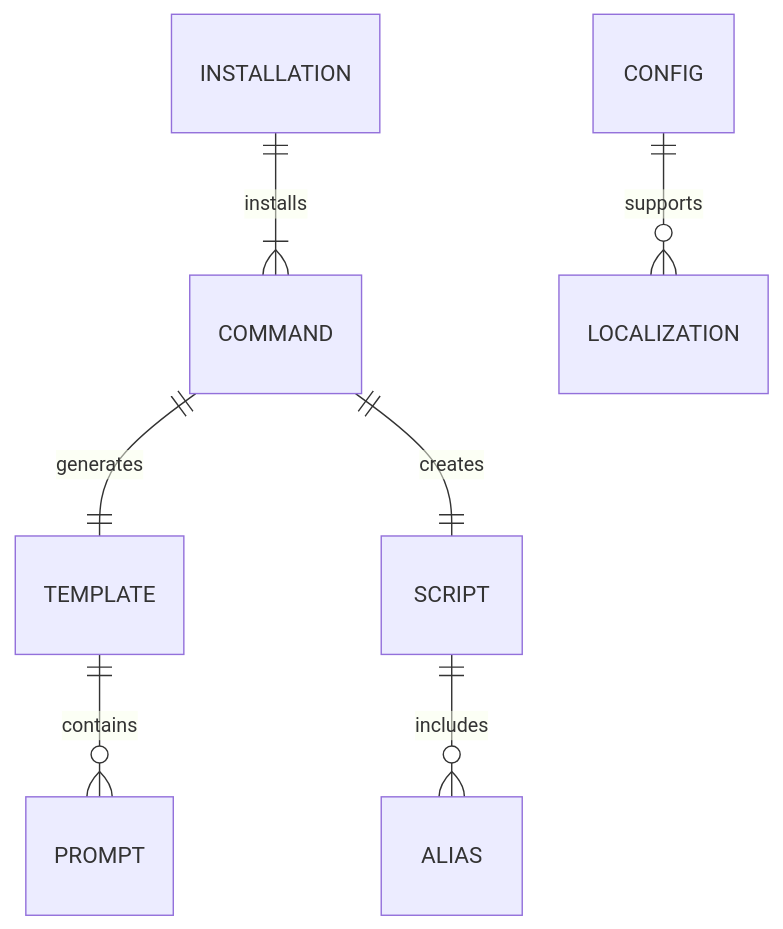
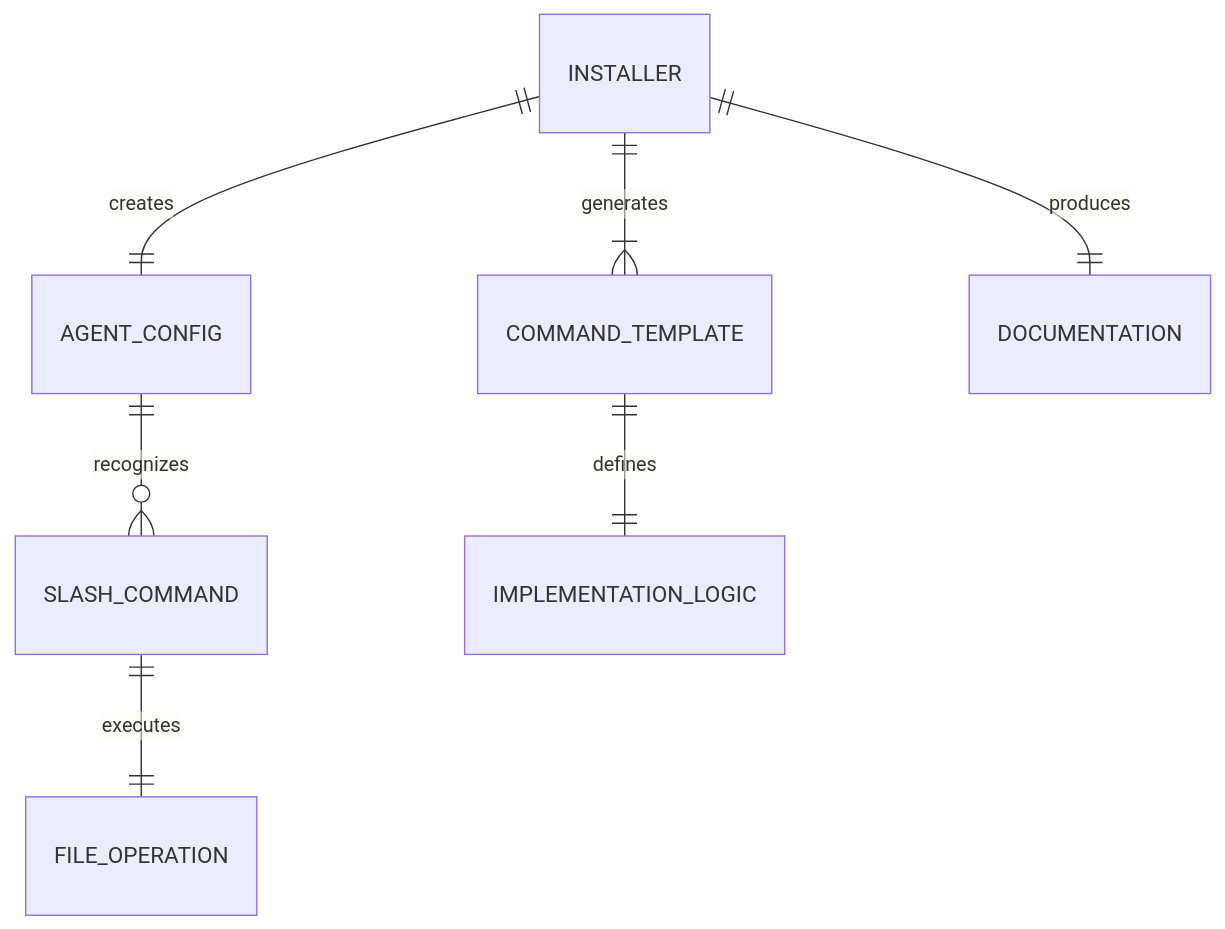
One commit to yi-john-huang/amazonq-spec changed the second of 2 diagrams in .kiro/specs/amazonq-cli-sdd-commands/design.md. Above: the diagram before and after it, drawn with Mermaid. The commit also changed other lines of this file and 2 other files, not shown here.

First line of the commit message:
Update amazonq-cli-sdd-commands specification to reflect final NPX Custom Agent solution

````diff
--- a/.kiro/specs/amazonq-cli-sdd-commands/design.md
+++ b/.kiro/specs/amazonq-cli-sdd-commands/design.md
@@ -142,9 +141,9 @@
 ```mermaid
 erDiagram
-    COMMAND ||--|| TEMPLATE : "generates"
-    COMMAND ||--|| SCRIPT : "creates"
-    TEMPLATE ||--o{ PROMPT : "contains"
-    SCRIPT ||--o{ ALIAS : "includes"
-    CONFIG ||--o{ LOCALIZATION : "supports"
-    INSTALLATION ||--|{ COMMAND : "installs"
+    INSTALLER ||--|| AGENT_CONFIG : "creates"
+    INSTALLER ||--|{ COMMAND_TEMPLATE : "generates"
+    INSTALLER ||--|| DOCUMENTATION : "produces"
+    AGENT_CONFIG ||--o{ SLASH_COMMAND : "recognizes"
+    COMMAND_TEMPLATE ||--|| IMPLEMENTATION_LOGIC : "defines"
+    SLASH_COMMAND ||--|| FILE_OPERATION : "executes"
 ```
````
